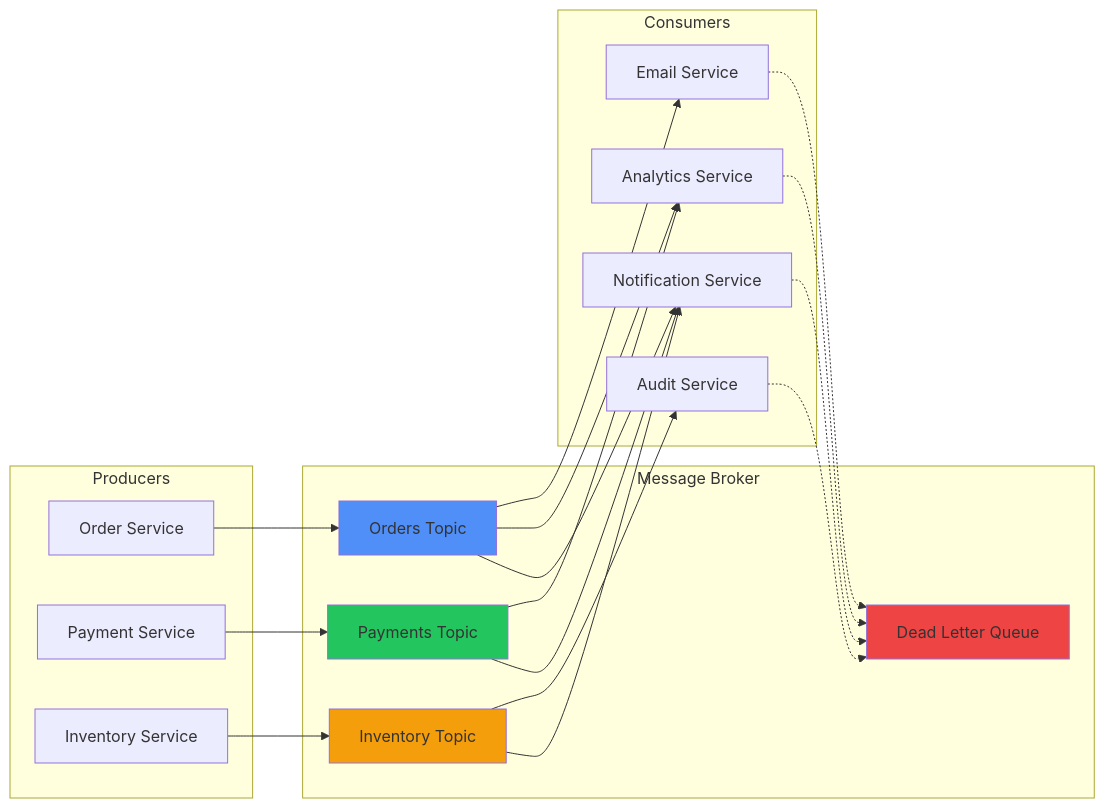
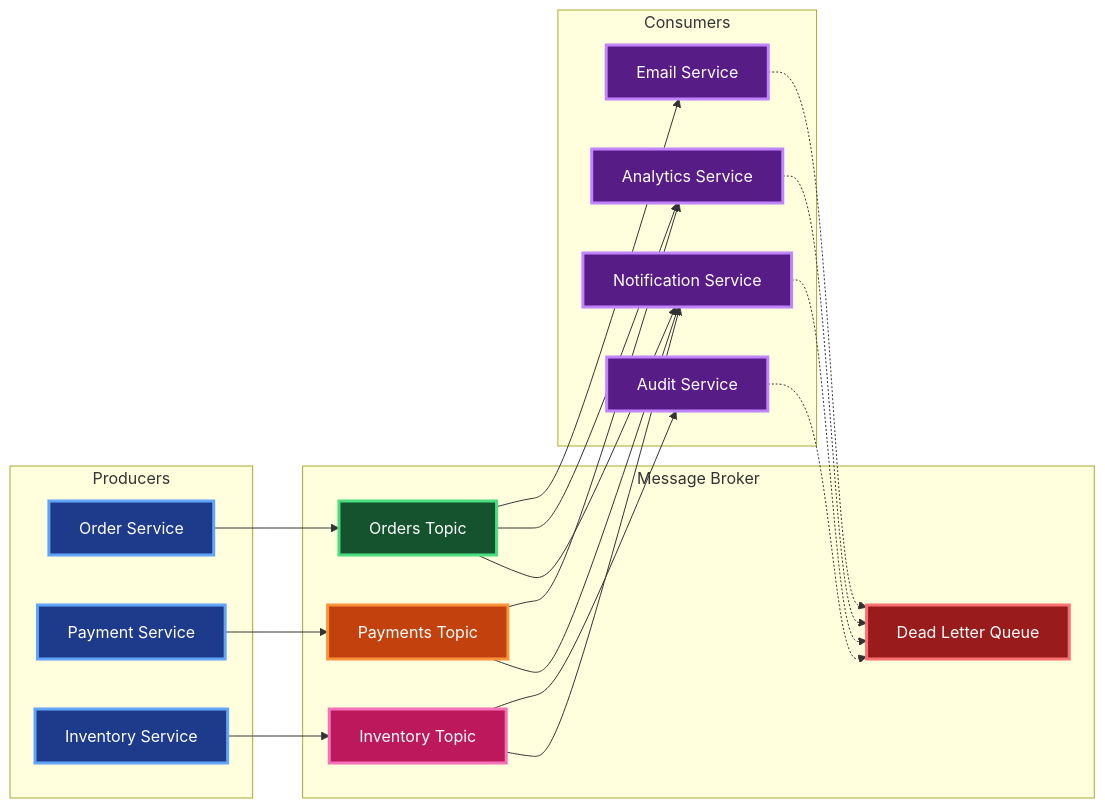
Before and after one commit to mleppedev/aio: the diagram in docs/tablas/messaging-queues.md, drawn with Mermaid. The commit also changed 16 other files, not shown here.

````diff
--- a/docs/tablas/messaging-queues.md
+++ b/docs/tablas/messaging-queues.md
@@ -383,45 +383,54 @@
 ```mermaid
 graph LR
     subgraph "Producers"
         A[Order Service]
         B[Payment Service]
         C[Inventory Service]
     end
 
     subgraph "Message Broker"
         D[Orders Topic]
         E[Payments Topic]
         F[Inventory Topic]
         G[Dead Letter Queue]
     end
 
     subgraph "Consumers"
         H[Email Service]
         I[Analytics Service]
         J[Audit Service]
         K[Notification Service]
     end
 
     A --> D
     B --> E
     C --> F
 
     D --> H
     D --> I
     E --> I
     F --> J
 
     D --> K
     E --> K
     F --> K
 
     H -.-> G
     I -.-> G
     J -.-> G
     K -.-> G
 
-    style D fill:#4f8ff7
-    style E fill:#22c55e
-    style F fill:#f59e0b
-    style G fill:#ef4444
+    classDef producer fill:#1e3a8a,stroke:#60a5fa,stroke-width:3px,color:#ffffff
+    classDef topicOrders fill:#14532d,stroke:#4ade80,stroke-width:3px,color:#ffffff
+    classDef topicPayments fill:#c2410c,stroke:#fb923c,stroke-width:3px,color:#ffffff
+    classDef topicInventory fill:#be185d,stroke:#f472b6,stroke-width:3px,color:#ffffff
+    classDef dlq fill:#991b1b,stroke:#f87171,stroke-width:3px,color:#ffffff
+    classDef consumer fill:#581c87,stroke:#c084fc,stroke-width:3px,color:#ffffff
+    
+    class A,B,C producer
+    class D topicOrders
+    class E topicPayments
+    class F topicInventory
+    class G dlq
+    class H,I,J,K consumer
 ```
````
